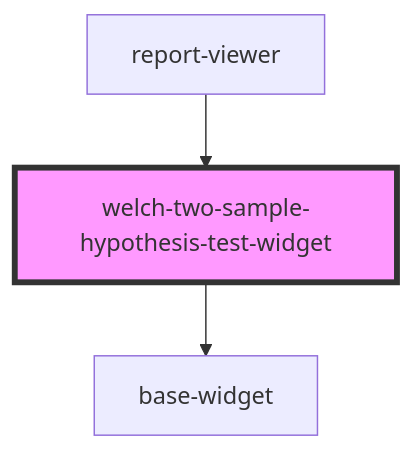
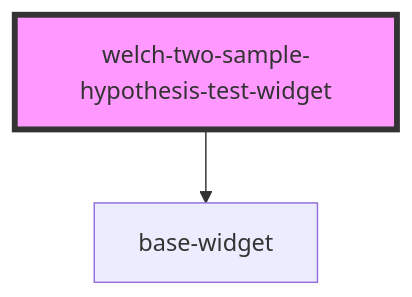
The diagram in src/components/widgets/readme.md (flarelight-io/ReportingUI), drawn with Mermaid before and after one commit. The commit also changed other lines of this file and 8 other files, not shown here.

First line of the commit message:
feat: widget registry replaces the viewer's widget switch; registerWidgetType is public

````diff
--- a/src/components/widgets/readme.md
+++ b/src/components/widgets/readme.md
@@ -36,6 +32,5 @@
 ```mermaid
 graph TD;
   welch-two-sample-hypothesis-test-widget --> base-widget
-  report-viewer --> welch-two-sample-hypothesis-test-widget
   style welch-two-sample-hypothesis-test-widget fill:#f9f,stroke:#333,stroke-width:4px
 ```
````
